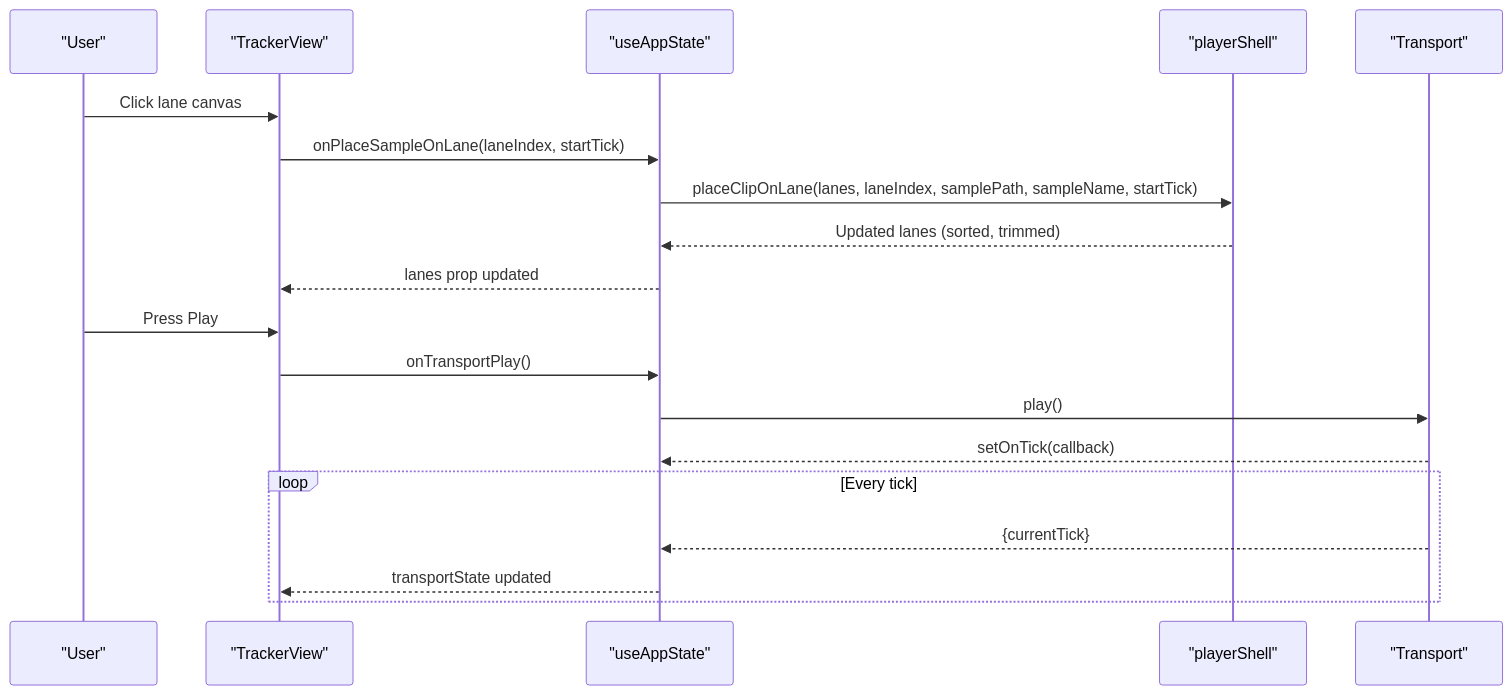
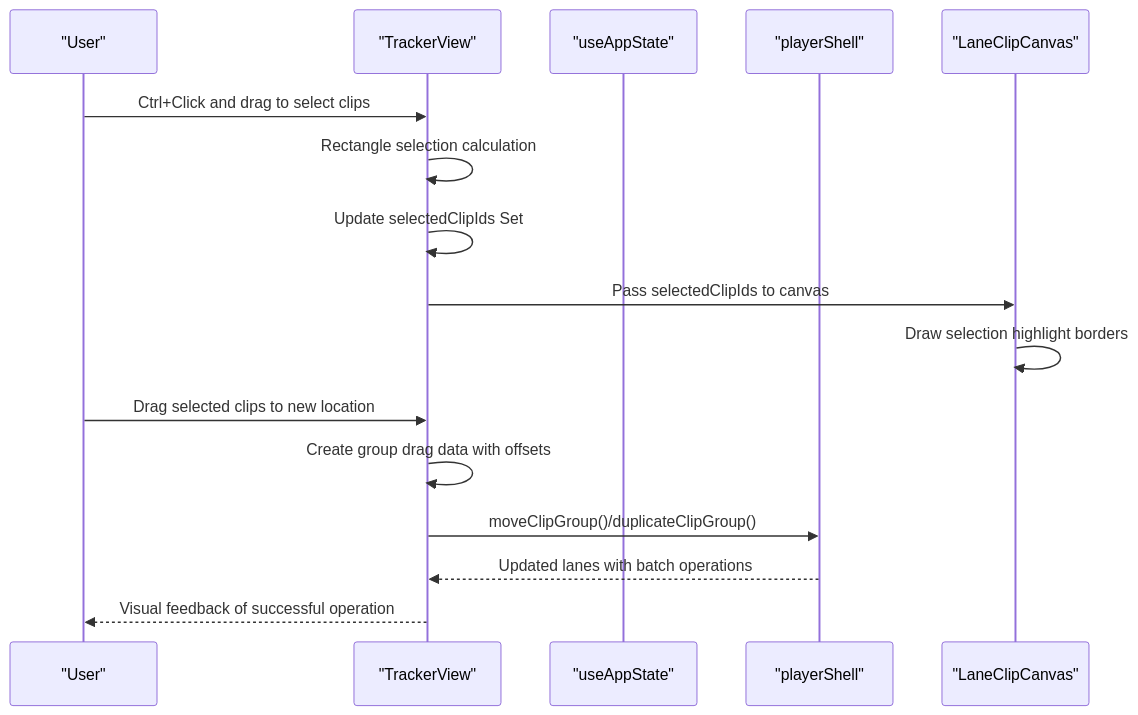
The second of 11 diagrams in .qoder/repowiki/en/content/Audio Engine/Player Shell.md (satyrlord/mixjam-electron), drawn with Mermaid before and after one commit. The commit also changed other lines of this file and 5 other files, not shown here.

Commit message:
docs: update wiki to reflect multi-clip selection, group operations, and dev guideline changes

````diff
--- a/.qoder/repowiki/en/content/Audio Engine/Player Shell.md
+++ b/.qoder/repowiki/en/content/Audio Engine/Player Shell.md
@@ -96,21 +118,18 @@
 ```mermaid
 sequenceDiagram
 participant U as "User"
 participant TV as "TrackerView"
 participant UA as "useAppState"
 participant PS as "playerShell"
-participant TP as "Transport"
-U->>TV : Click lane canvas
-TV->>UA : onPlaceSampleOnLane(laneIndex, startTick)
-UA->>PS : placeClipOnLane(lanes, laneIndex, samplePath, sampleName, startTick)
-PS-->>UA : Updated lanes (sorted, trimmed)
-UA-->>TV : lanes prop updated
-U->>TV : Press Play
-TV->>UA : onTransportPlay()
-UA->>TP : play()
-TP-->>UA : setOnTick(callback)
-loop Every tick
-TP-->>UA : {currentTick}
-UA-->>TV : transportState updated
-end
+participant LC as "LaneClipCanvas"
+U->>TV : Ctrl+Click and drag to select clips
+TV->>TV : Rectangle selection calculation
+TV->>TV : Update selectedClipIds Set
+TV->>LC : Pass selectedClipIds to canvas
+LC->>LC : Draw selection highlight borders
+U->>TV : Drag selected clips to new location
+TV->>TV : Create group drag data with offsets
+TV->>PS : moveClipGroup()/duplicateClipGroup()
+PS-->>TV : Updated lanes with batch operations
+TV-->>U : Visual feedback of successful operation
 ```
````
